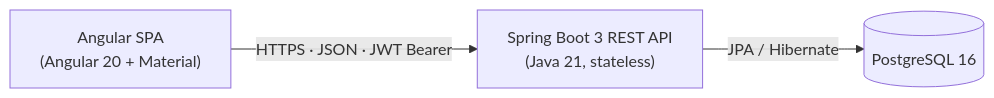
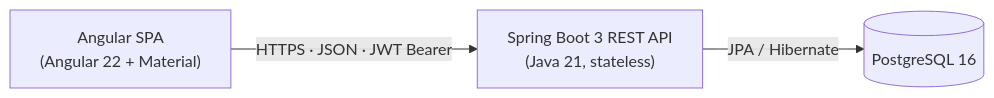
The first of 2 diagrams in context/ARCHITECTURE.md (aimanfarhann/task-management), drawn with Mermaid before and after one commit. The commit also changed 32 other files, not shown here.

````diff
--- a/context/ARCHITECTURE.md
+++ b/context/ARCHITECTURE.md
@@ -9,9 +9,9 @@
 ```mermaid
 flowchart LR
-    Browser["Angular SPA\n(Angular 20 + Material)"]
+    Browser["Angular SPA\n(Angular 22 + Material)"]
     API["Spring Boot 3 REST API\n(Java 21, stateless)"]
     DB[("PostgreSQL 16")]
 
     Browser -- "HTTPS · JSON · JWT Bearer" --> API
     API -- "JPA / Hibernate" --> DB
 ```
````
